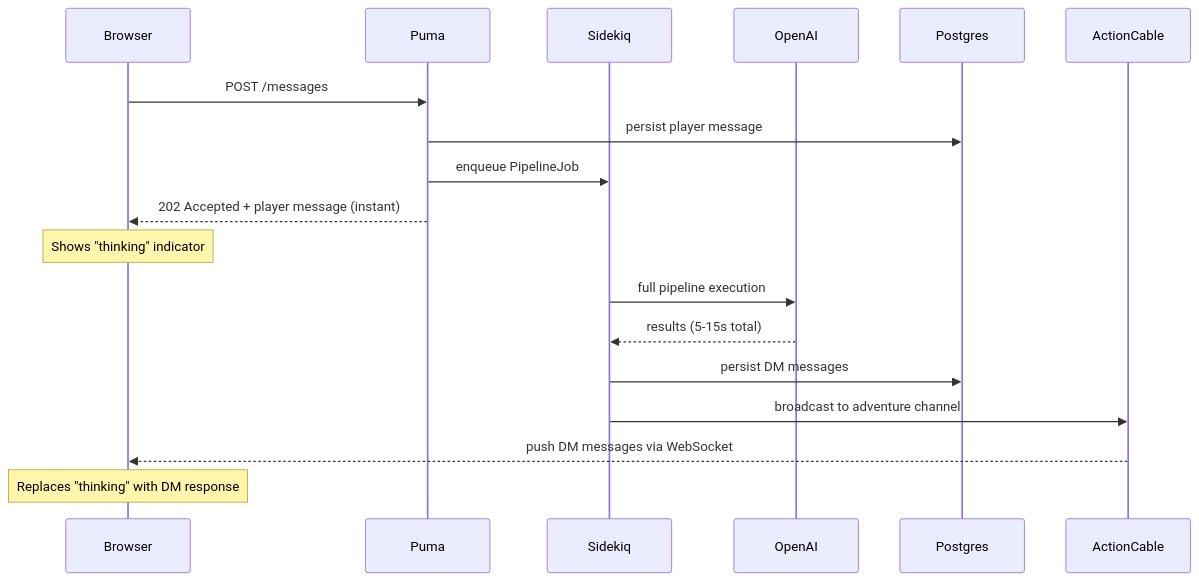
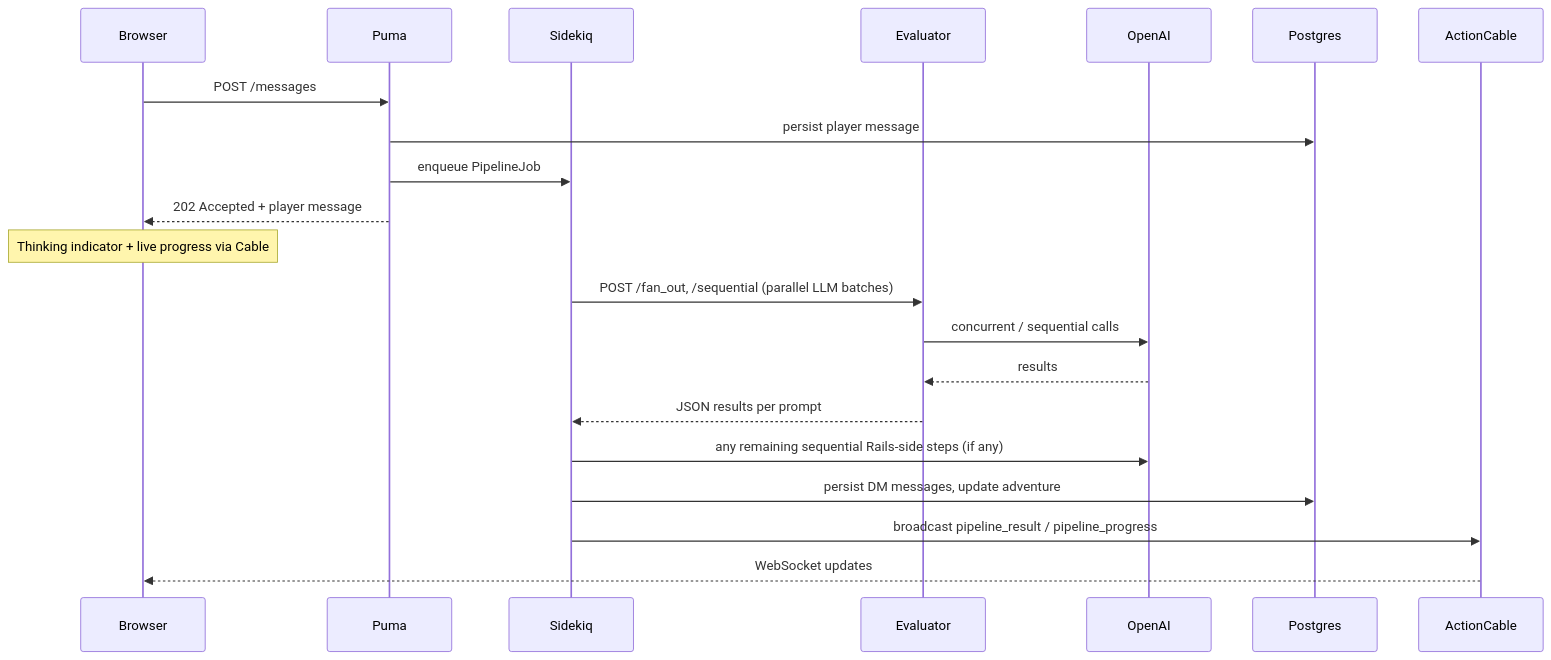
Before and after one commit to Low-Light-Games/ruby-leather-armor: the diagram in docs/async_pipeline_design.md, drawn with Mermaid. The commit also changed other lines of this file, not shown here.

First line of the commit message:
docs: align async_pipeline_design with Sidekiq and Node fan-out

````diff
--- a/docs/async_pipeline_design.md
+++ b/docs/async_pipeline_design.md
@@ -76,22 +15,25 @@
 ```mermaid
 sequenceDiagram
     participant Browser
     participant Puma
     participant Sidekiq
+    participant Evaluator
     participant OpenAI
     participant Postgres
     participant ActionCable
 
     Browser->>Puma: POST /messages
     Puma->>Postgres: persist player message
     Puma->>Sidekiq: enqueue PipelineJob
-    Puma-->>Browser: 202 Accepted + player message (instant)
-    Note over Browser: Shows "thinking" indicator
+    Puma-->>Browser: 202 Accepted + player message
+    Note over Browser: Thinking indicator + live progress via Cable
 
-    Sidekiq->>OpenAI: full pipeline execution
-    OpenAI-->>Sidekiq: results (5-15s total)
-    Sidekiq->>Postgres: persist DM messages
-    Sidekiq->>ActionCable: broadcast to adventure channel
-    ActionCable-->>Browser: push DM messages via WebSocket
-    Note over Browser: Replaces "thinking" with DM response
+    Sidekiq->>Evaluator: POST /fan_out, /sequential (parallel LLM batches)
+    Evaluator->>OpenAI: concurrent / sequential calls
+    OpenAI-->>Evaluator: results
+    Evaluator-->>Sidekiq: JSON results per prompt
+    Sidekiq->>OpenAI: any remaining sequential Rails-side steps (if any)
+    Sidekiq->>Postgres: persist DM messages, update adventure
+    Sidekiq->>ActionCable: broadcast pipeline_result / pipeline_progress
+    ActionCable-->>Browser: WebSocket updates
 ```
````
